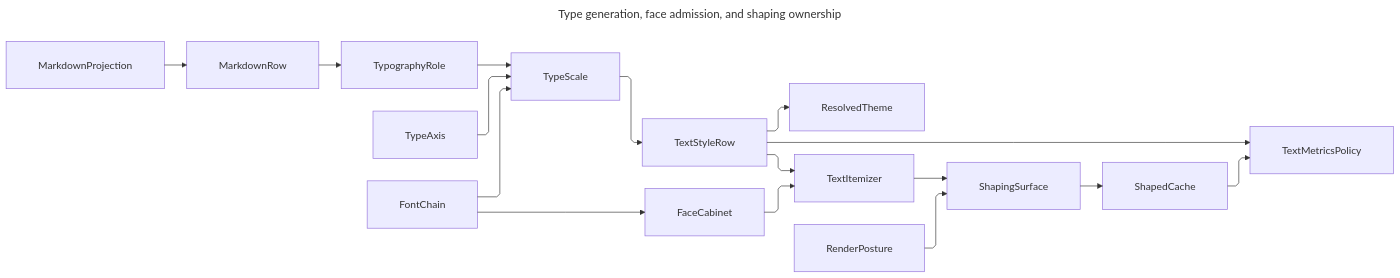
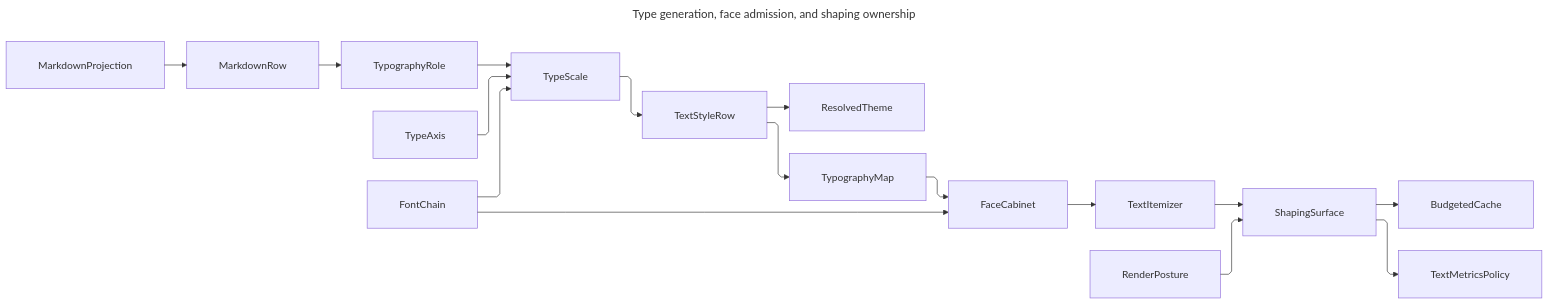
The diagram in libs/csharp/Rasm.AppUi/.planning/Theme/typography.md (bsamiee/Rasm), drawn with Mermaid before and after one commit. The commit also changed other lines of this file and 818 other files, not shown here.

````diff
--- a/libs/csharp/Rasm.AppUi/.planning/Theme/typography.md
+++ b/libs/csharp/Rasm.AppUi/.planning/Theme/typography.md
@@ -1272,35 +1237,35 @@
 ```mermaid
 ---
 title: Type generation, face admission, and shaping ownership
 config:
   layout: elk
   htmlLabels: true
   markdownAutoWrap: false
   deterministicIds: true
   elk:
     nodePlacementStrategy: NETWORK_SIMPLEX
     considerModelOrder: NODES_AND_EDGES
   flowchart:
     curve: linear
     defaultRenderer: elk
     padding: 25
 ---
 flowchart LR
     accTitle: Type generation, face admission, and shaping ownership
     accDescr: The role ladder crossed with the resolution axis generates one resolved style row that feeds the token catalogue, the itemizer, and the metrics policy, while the face cabinet supplies the capability-elected face instances the shaping rail draws through under a declared render posture.
     TypographyRole --> TypeScale
     TypeAxis --> TypeScale
     FontChain --> TypeScale
     TypeScale --> TextStyleRow
     TextStyleRow --> ResolvedTheme
-    TextStyleRow --> TextItemizer
-    TextStyleRow --> TextMetricsPolicy
+    TextStyleRow --> TypographyMap
+    TypographyMap --> FaceCabinet
     FontChain --> FaceCabinet
     FaceCabinet --> TextItemizer
     TextItemizer --> ShapingSurface
     RenderPosture --> ShapingSurface
-    ShapingSurface --> ShapedCache
-    ShapedCache --> TextMetricsPolicy
+    ShapingSurface --> BudgetedCache
+    ShapingSurface --> TextMetricsPolicy
     MarkdownProjection --> MarkdownRow
     MarkdownRow --> TypographyRole
 ```
````
